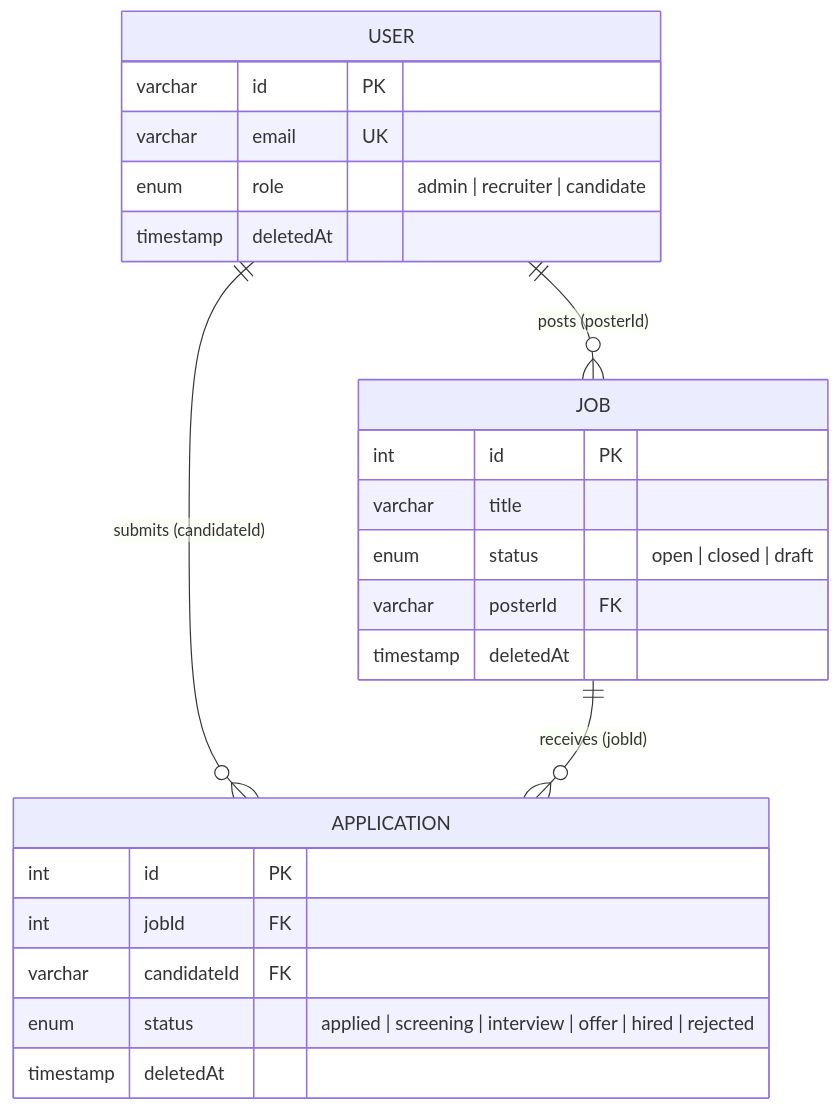
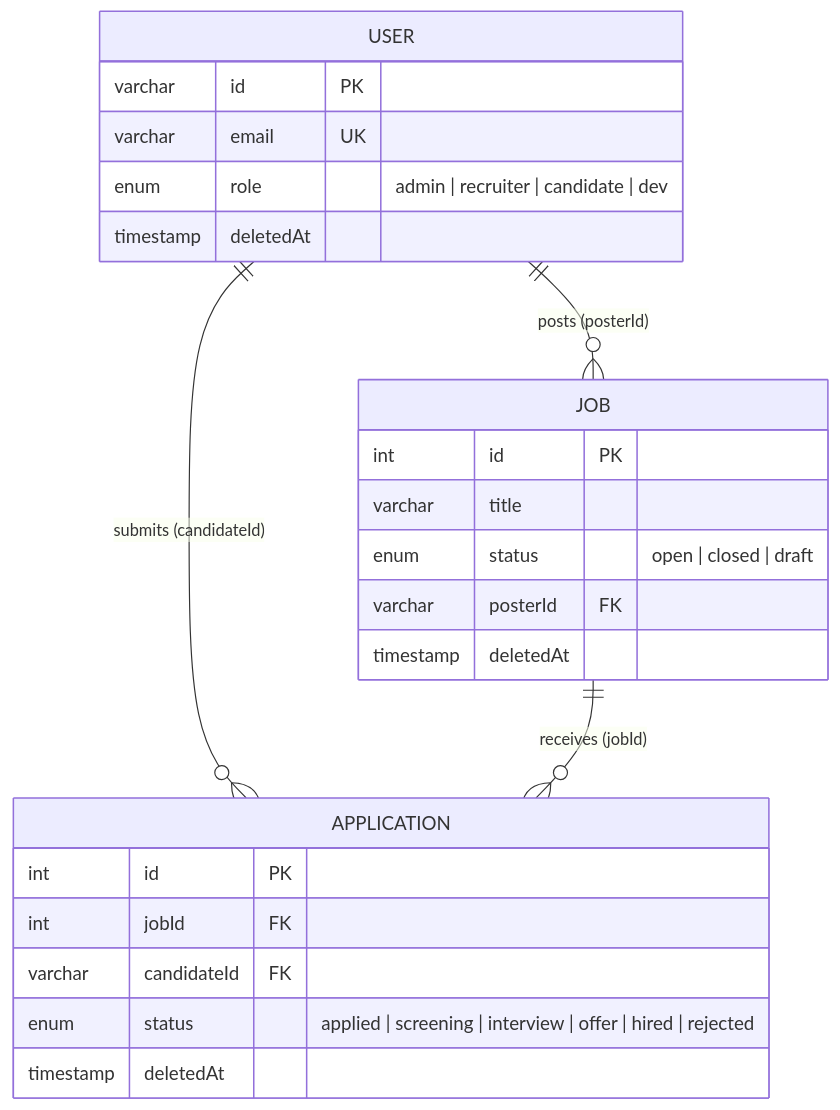
One commit to ayoubmehd/ats changed the first of 4 diagrams in docs/adr/0004-authorization.md. Above: the diagram before and after it, drawn with Mermaid. The commit also changed other lines of this file and 10 other files, not shown here.

First line of the commit message:
Restrict API docs and health checks to the dev role. (#17)

````diff
--- a/docs/adr/0004-authorization.md
+++ b/docs/adr/0004-authorization.md
@@ -16,29 +16,29 @@
 ```mermaid
 erDiagram
     USER ||--o{ JOB : "posts (posterId)"
     USER ||--o{ APPLICATION : "submits (candidateId)"
     JOB ||--o{ APPLICATION : "receives (jobId)"
 
     USER {
         varchar id PK
         varchar email UK
-        enum role "admin | recruiter | candidate"
+        enum role "admin | recruiter | candidate | dev"
         timestamp deletedAt
     }
 
     JOB {
         int id PK
         varchar title
         enum status "open | closed | draft"
         varchar posterId FK
         timestamp deletedAt
     }
 
     APPLICATION {
         int id PK
         int jobId FK
         varchar candidateId FK
         enum status "applied | screening | interview | offer | hired | rejected"
         timestamp deletedAt
     }
 ```
````
